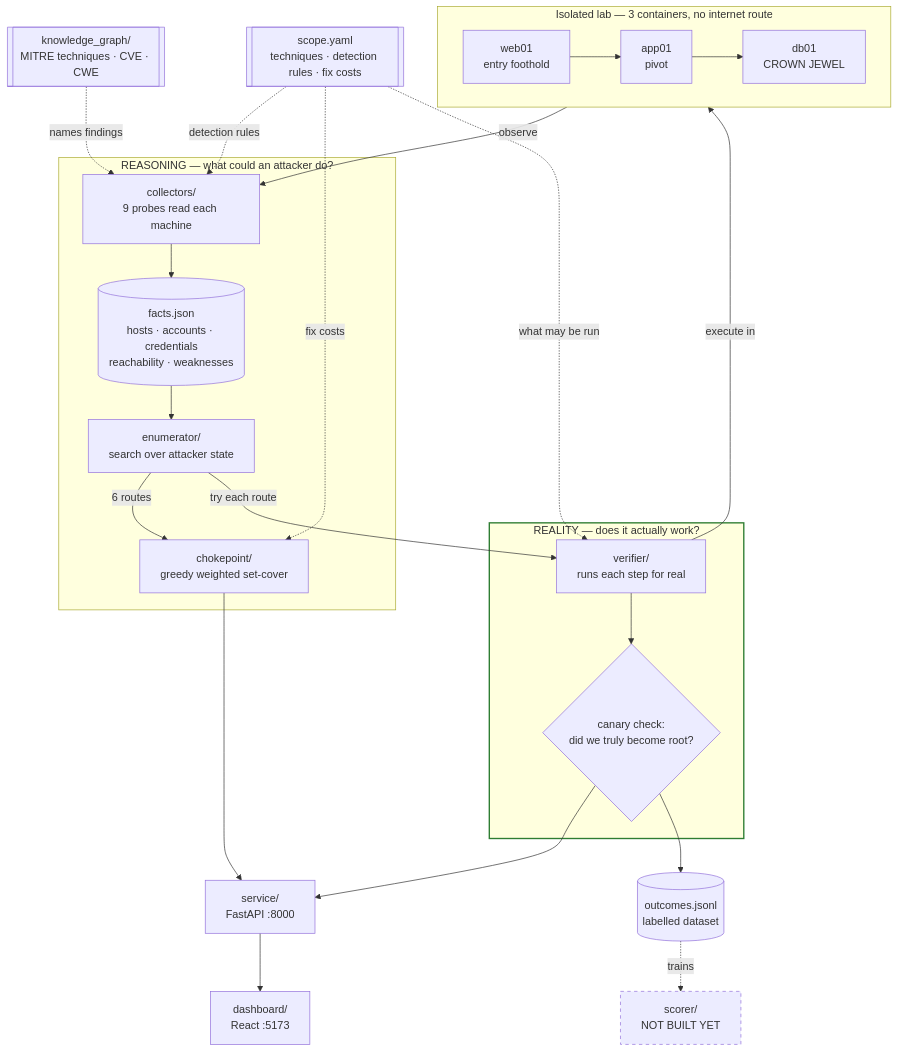
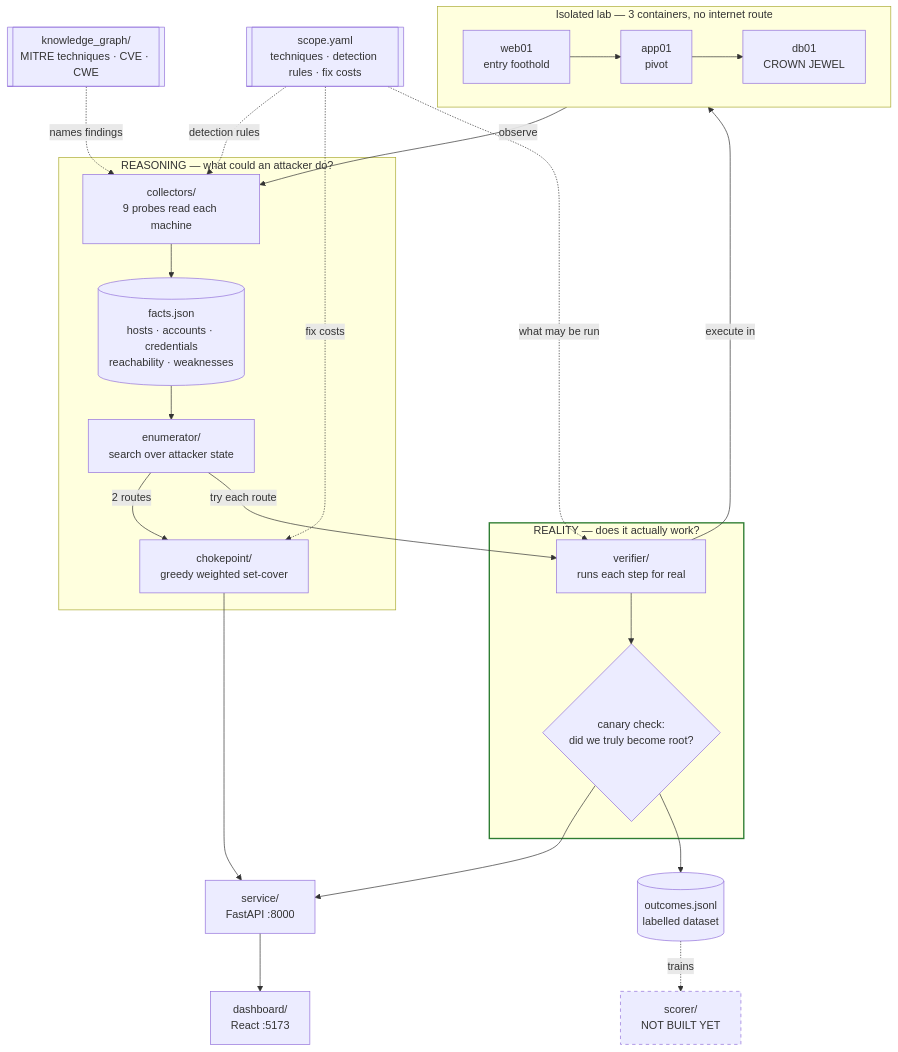
Before and after one commit to me-jain-anurag/ASCEND: the diagram in README.md, drawn with Mermaid. The commit also changed other lines of this file and 8 other files, not shown here.

````diff
--- a/README.md
+++ b/README.md
@@ -67,47 +67,47 @@
 ```mermaid
 flowchart TB
     subgraph LAB["Isolated lab — 3 containers, no internet route"]
         direction LR
         WEB["web01<br/>entry foothold"]
         APP["app01<br/>pivot"]
         DB["db01<br/>CROWN JEWEL"]
         WEB --> APP --> DB
     end
 
     SCOPE[["scope.yaml<br/>techniques · detection rules · fix costs"]]
     KG[["knowledge_graph/<br/>MITRE techniques · CVE · CWE"]]
 
     subgraph REASON["REASONING — what could an attacker do?"]
         COL["collectors/<br/>9 probes read each machine"]
         FACTS[("facts.json<br/>hosts · accounts · credentials<br/>reachability · weaknesses")]
         PATH["enumerator/<br/>search over attacker state"]
         CHOKE["chokepoint/<br/>greedy weighted set-cover"]
     end
 
     subgraph REALITY["REALITY — does it actually work?"]
         VER["verifier/<br/>runs each step for real"]
         CANARY{"canary check:<br/>did we truly become root?"}
     end
 
     LAB -->|"observe"| COL
     COL --> FACTS
     FACTS --> PATH
-    PATH -->|"6 routes"| CHOKE
+    PATH -->|"2 routes"| CHOKE
     PATH -->|"try each route"| VER
     VER -->|"execute in"| LAB
     VER --> CANARY
 
     SCOPE -.->|"detection rules"| COL
     SCOPE -.->|"fix costs"| CHOKE
     SCOPE -.->|"what may be run"| VER
     KG -.->|"names findings"| COL
 
     CHOKE --> API["service/<br/>FastAPI :8000"]
     CANARY --> API
     API --> UI["dashboard/<br/>React :5173"]
     CANARY --> OUT[("outcomes.jsonl<br/>labelled dataset")]
     OUT -.->|"trains"| SCORER["scorer/<br/>NOT BUILT YET"]
 
     style SCORER stroke-dasharray: 5 5
     style REALITY stroke:#2e7d32,stroke-width:2px
 ```
````
